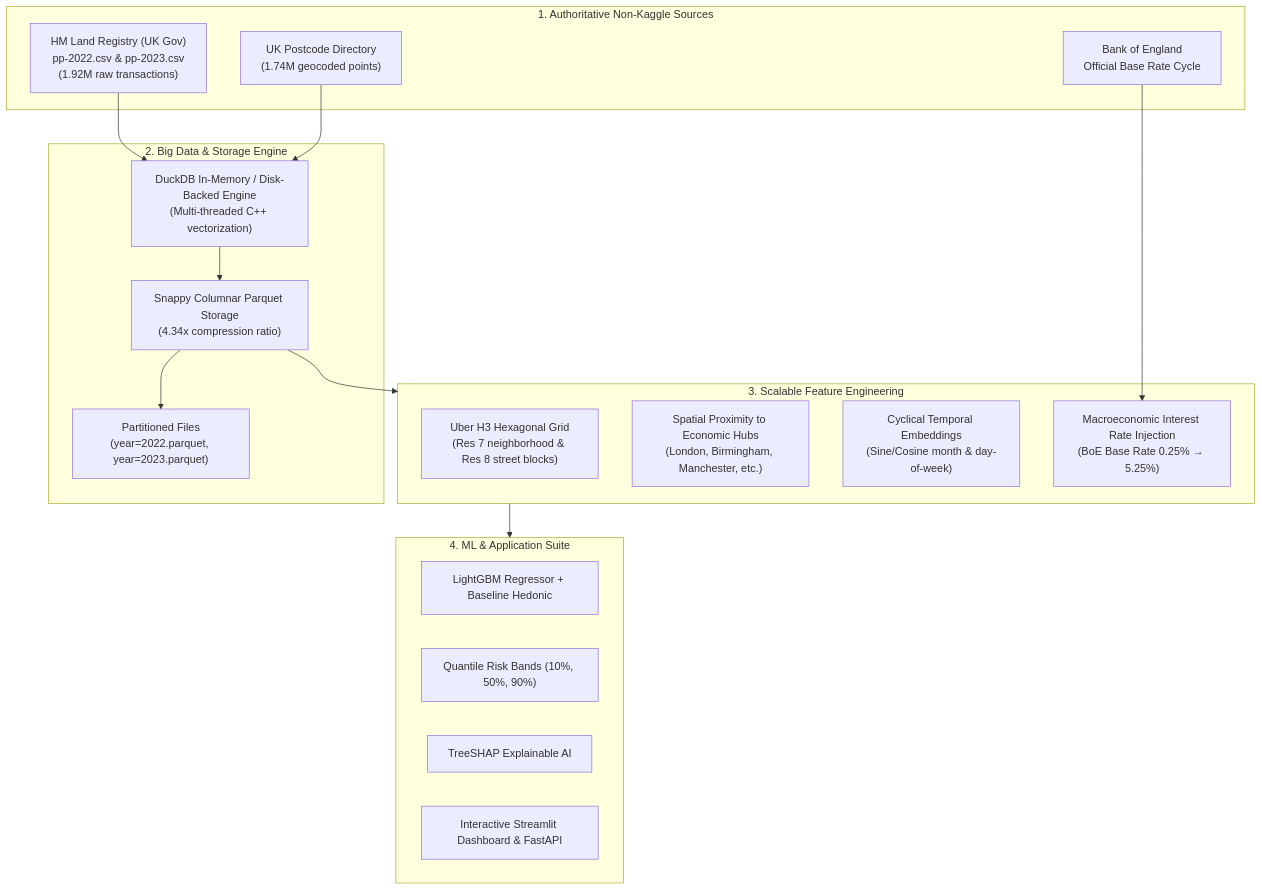
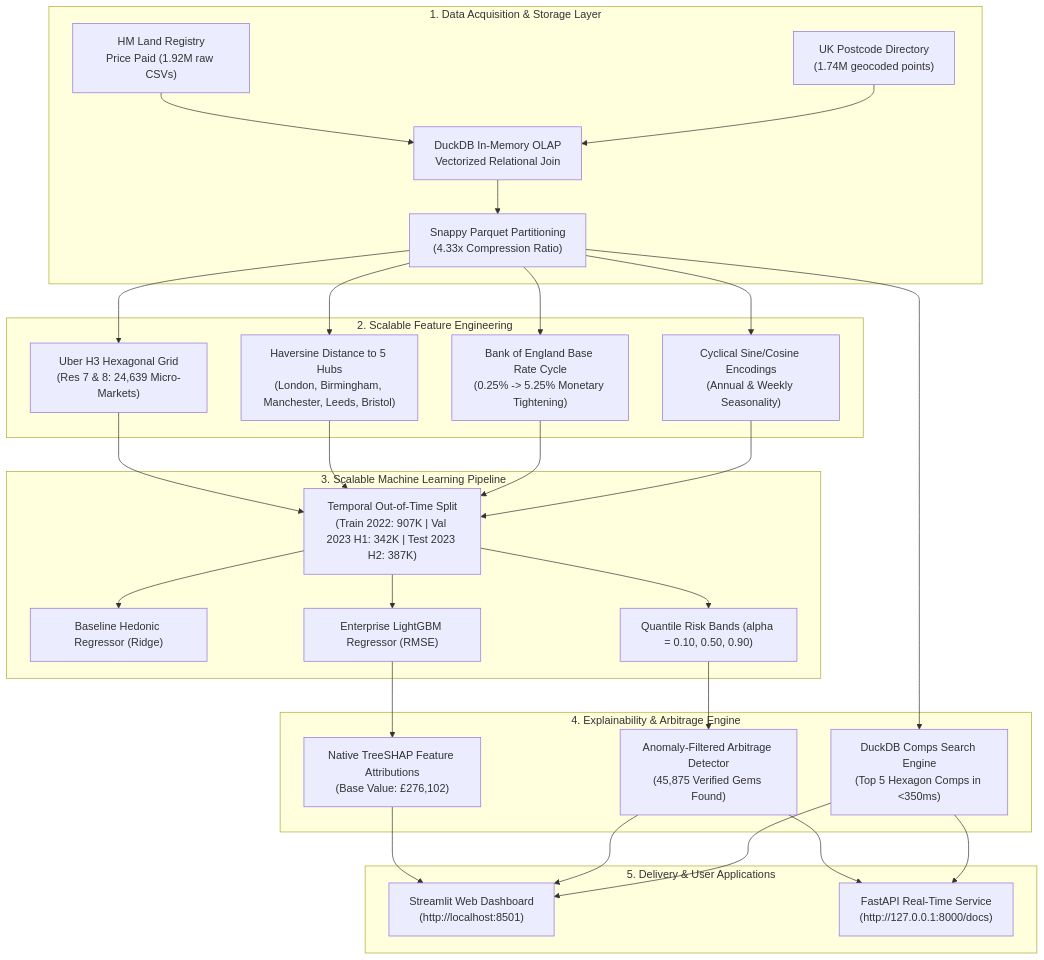
Before and after one commit to ShubhamPate-L/BigData-Real-Estate-Valuation: the diagram in README.md, drawn with Mermaid. The commit also changed other lines of this file and 24 other files, not shown here.

Commit message:
feat: complete Phase 1-5 pipeline, trained models, Streamlit dashboard, FastAPI service, and comprehensive docs

````diff
--- a/README.md
+++ b/README.md
@@ -27,36 +29,56 @@
 ```mermaid
 flowchart TD
-    subgraph Data_Sources ["1. Authoritative Non-Kaggle Sources"]
-        S1["HM Land Registry (UK Gov)\npp-2022.csv & pp-2023.csv\n(1.92M raw transactions)"]
-        S2["UK Postcode Directory\n(1.74M geocoded points)"]
-        S3["Bank of England\nOfficial Base Rate Cycle"]
+    subgraph S1 ["1. Data Acquisition & Storage Layer"]
+        D1["HM Land Registry\nPrice Paid (1.92M raw CSVs)"]
+        D2["UK Postcode Directory\n(1.74M geocoded points)"]
+        D3["DuckDB In-Memory OLAP\nVectorized Relational Join"]
+        D4["Snappy Parquet Partitioning\n(4.33x Compression Ratio)"]
+        D1 --> D3
+        D2 --> D3
+        D3 --> D4
     end
 
-    subgraph Storage_Layer ["2. Big Data & Storage Engine"]
-        L1["DuckDB In-Memory / Disk-Backed Engine\n(Multi-threaded C++ vectorization)"]
-        L2["Snappy Columnar Parquet Storage\n(4.34x compression ratio)"]
-        L3["Partitioned Files\n(year=2022.parquet, year=2023.parquet)"]
+    subgraph S2 ["2. Scalable Feature Engineering"]
+        F1["Uber H3 Hexagonal Grid\n(Res 7 & 8: 24,639 Micro-Markets)"]
+        F2["Haversine Distance to 5 Hubs\n(London, Birmingham, Manchester, Leeds, Bristol)"]
+        F3["Bank of England Base Rate Cycle\n(0.25% -> 5.25% Monetary Tightening)"]
+        F4["Cyclical Sine/Cosine Encodings\n(Annual & Weekly Seasonality)"]
+        D4 --> F1
+        D4 --> F2
+        D4 --> F3
+        D4 --> F4
     end
 
-    subgraph Feature_Engineering ["3. Scalable Feature Engineering"]
-        F1["Uber H3 Hexagonal Grid\n(Res 7 neighborhood & Res 8 street blocks)"]
-        F2["Spatial Proximity to Economic Hubs\n(London, Birmingham, Manchester, etc.)"]
-        F3["Cyclical Temporal Embeddings\n(Sine/Cosine month & day-of-week)"]
-        F4["Macroeconomic Interest Rate Injection\n(BoE Base Rate 0.25% → 5.25%)"]
+    subgraph S3 ["3. Scalable Machine Learning Pipeline"]
+        M1["Temporal Out-of-Time Split\n(Train 2022: 907K | Val 2023 H1: 342K | Test 2023 H2: 387K)"]
+        M2["Baseline Hedonic Regressor (Ridge)"]
+        M3["Enterprise LightGBM Regressor (RMSE)"]
+        M4["Quantile Risk Bands (alpha = 0.10, 0.50, 0.90)"]
+        F1 --> M1
+        F2 --> M1
+        F3 --> M1
+        F4 --> M1
+        M1 --> M2
+        M1 --> M3
+        M1 --> M4
     end
 
-    subgraph ML_Analytics ["4. ML & Application Suite"]
-        M1["LightGBM Regressor + Baseline Hedonic"]
-        M2["Quantile Risk Bands (10%, 50%, 90%)"]
-        M3["TreeSHAP Explainable AI"]
-        M4["Interactive Streamlit Dashboard & FastAPI"]
+    subgraph S4 ["4. Explainability & Arbitrage Engine"]
+        E1["Native TreeSHAP Feature Attributions\n(Base Value: £276,102)"]
+        E2["Anomaly-Filtered Arbitrage Detector\n(45,875 Verified Gems Found)"]
+        E3["DuckDB Comps Search Engine\n(Top 5 Hexagon Comps in <350ms)"]
+        M3 --> E1
+        M4 --> E2
+        D4 --> E3
     end
 
-    S1 --> L1
-    S2 --> L1
-    L1 --> L2
-    L2 --> L3
-    L2 --> Feature_Engineering
-    S3 --> F4
-    Feature_Engineering --> ML_Analytics
+    subgraph S5 ["5. Delivery & User Applications"]
+        A1["Streamlit Web Dashboard\n(http://localhost:8501)"]
+        A2["FastAPI Real-Time Service\n(http://127.0.0.1:8000/docs)"]
+        E1 --> A1
+        E2 --> A1
+        E3 --> A1
+        E2 --> A2
+        E3 --> A2
+    end
 ```
````
